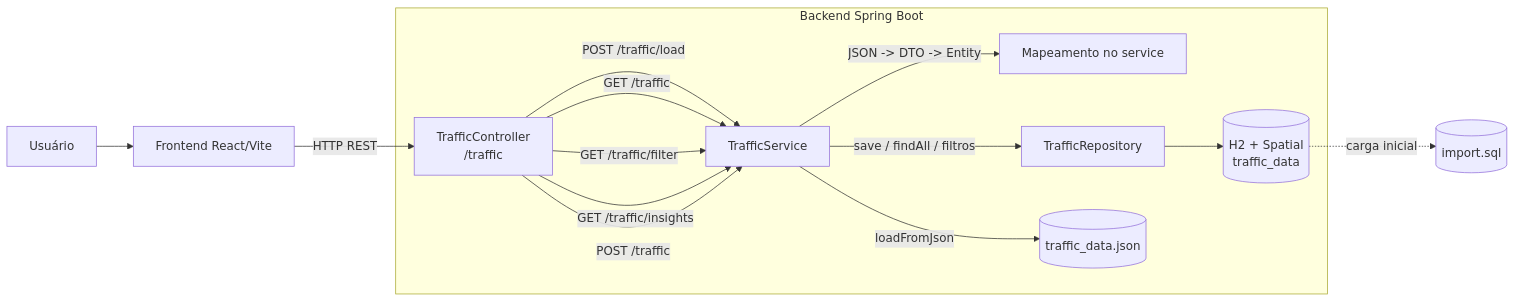
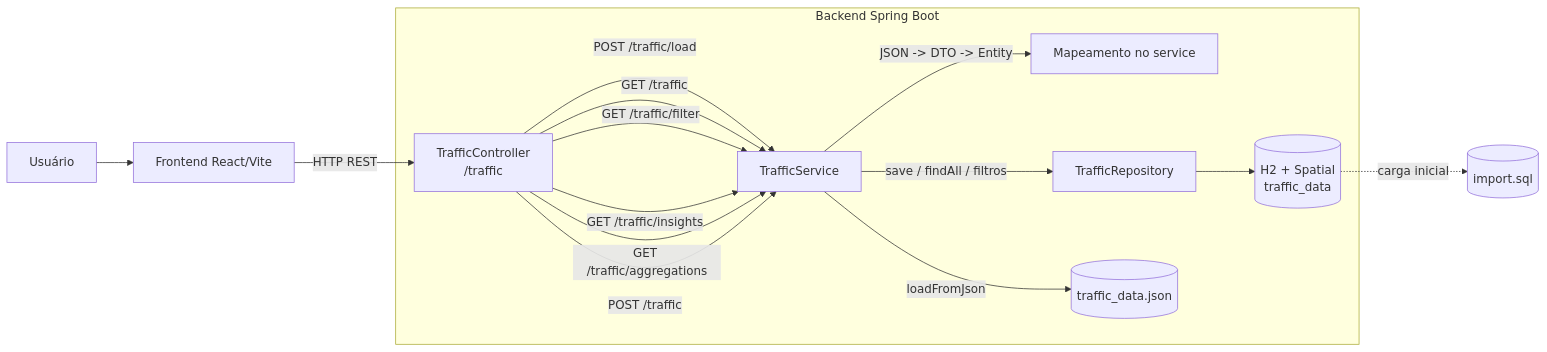
The diagram in README.md (No-Country-simulation/S03-26-Equipe-26-Web-App-Development), drawn with Mermaid before and after one commit. The commit also changed other lines of this file and 2 other files, not shown here.

````diff
--- a/README.md
+++ b/README.md
@@ -53,20 +55,21 @@
 ```mermaid
 flowchart LR
     U[Usuário] --> F[Frontend React/Vite]
     F -->|HTTP REST| C[TrafficController<br/>/traffic]
 
     subgraph API["Backend Spring Boot"]
         C -->|POST /traffic/load| S[TrafficService]
         C -->|GET /traffic| S
         C -->|GET /traffic/filter| S
         C -->|GET /traffic/insights| S
+        C -->|GET /traffic/aggregations| S
         C -->|POST /traffic| S
 
         S -->|JSON -> DTO -> Entity| M[Mapeamento no service]
         S -->|save / findAll / filtros| R[TrafficRepository]
         S -->|loadFromJson| J[(traffic_data.json)]
         R --> D[(H2 + Spatial<br/>traffic_data)]
     end
 
     D -. carga inicial .-> SQL[(import.sql)]
 ```
````
